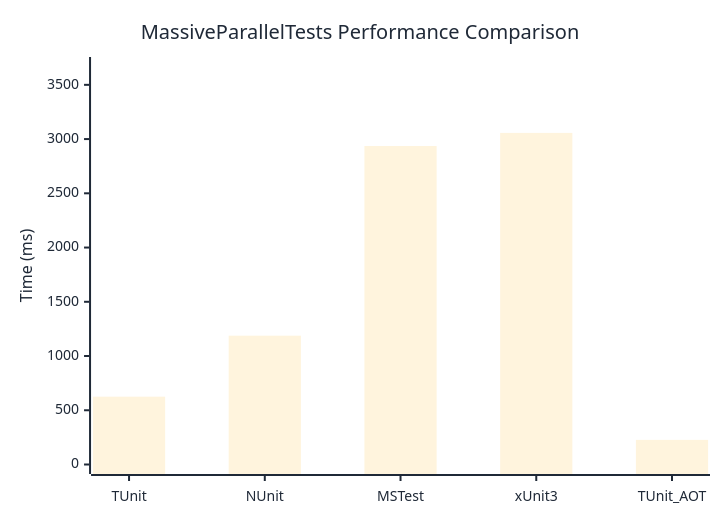
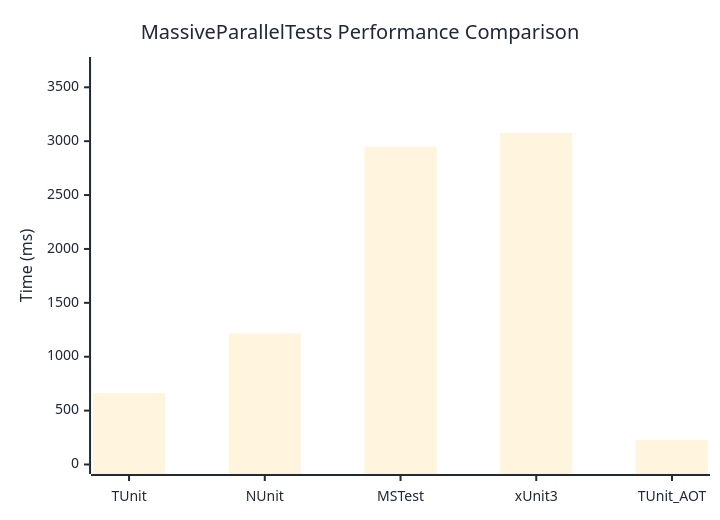
Before and after one commit to thomhurst/TUnit: the diagram in docs/docs/benchmarks/MassiveParallelTests.md, drawn with Mermaid. The commit also changed other lines of this file and 17 other files, not shown here.

````diff
--- a/docs/docs/benchmarks/MassiveParallelTests.md
+++ b/docs/docs/benchmarks/MassiveParallelTests.md
@@ -27,37 +27,37 @@
 ```mermaid
 %%{init: {
   'theme':'base',
   'themeVariables': {
     'primaryColor': '#2563eb',
     'primaryTextColor': '#1f2937',
     'primaryBorderColor': '#1e40af',
     'lineColor': '#6b7280',
     'secondaryColor': '#7c3aed',
     'tertiaryColor': '#dc2626',
     'background': '#ffffff',
     'mainBkg': '#2563eb',
     'secondBkg': '#7c3aed',
     'tertiaryBkg': '#dc2626',
     'clusterBkg': '#f3f4f6',
     'edgeLabelBackground': '#ffffff',
     'tertiaryTextColor': '#1f2937',
     'pie1': '#2563eb',
     'pie2': '#7c3aed',
     'pie3': '#dc2626',
     'pie4': '#f59e0b',
     'pie5': '#10b981',
     'pie6': '#06b6d4',
     'pie7': '#ec4899',
     'pie8': '#6366f1',
     'pie9': '#84cc16',
     'pie10': '#f97316',
     'pie11': '#14b8a6',
     'pie12': '#a855f7'
   }
 }}%%
 xychart-beta
   title "MassiveParallelTests Performance Comparison"
   x-axis ["TUnit", "NUnit", "MSTest", "xUnit3", "TUnit_AOT"]
-  y-axis "Time (ms)" 0 --> 3669
-  bar [625.3, 1187.6, 2936, 3056.9, 227]
+  y-axis "Time (ms)" 0 --> 3693
+  bar [662.5, 1215.1, 2947.3, 3076.8, 226.7]
 ```
````
